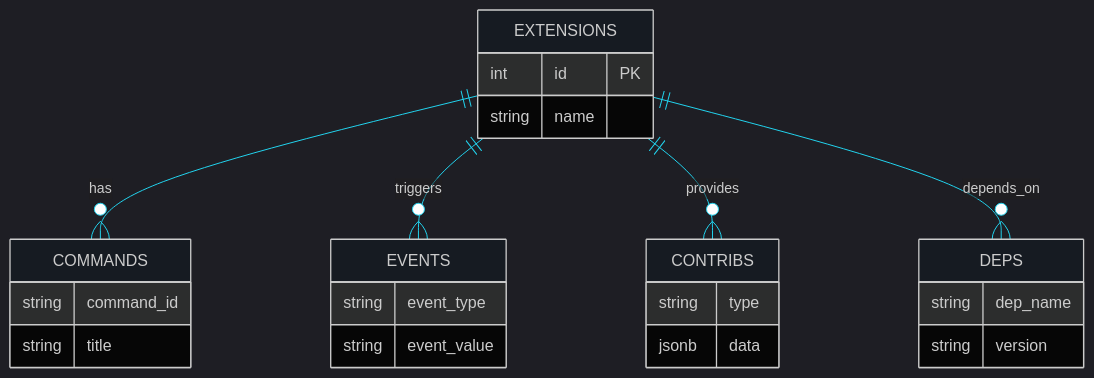
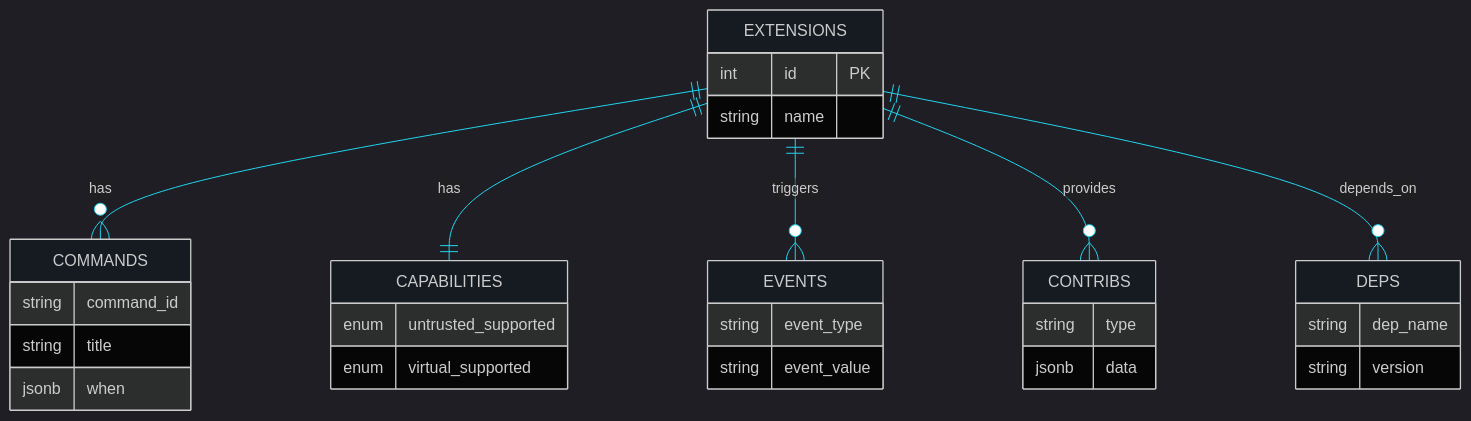
The first of 2 diagrams in documents/DEVELOPMENT_PRIORITIES.md (Ekremunalytu/automation_enviroment), drawn with Mermaid before and after one commit. The commit also changed other lines of this file and 13 other files, not shown here.

````diff
--- a/documents/DEVELOPMENT_PRIORITIES.md
+++ b/documents/DEVELOPMENT_PRIORITIES.md
@@ -57,33 +57,40 @@
 ```mermaid
 %%{init: {'theme': 'dark', 'themeVariables': { 'background': '#0d1117', 'primaryColor': '#7c3aed', 'primaryTextColor': '#e6edf3', 'lineColor': '#22d3ee', 'mainBkg': '#161b22', 'nodeBkg': '#21262d', 'clusterBkg': '#161b22'}}}%%
 erDiagram
     EXTENSIONS ||--o{ COMMANDS : has
+    EXTENSIONS ||--|| CAPABILITIES : has
     EXTENSIONS ||--o{ EVENTS : triggers
     EXTENSIONS ||--o{ CONTRIBS : provides
     EXTENSIONS ||--o{ DEPS : depends_on
 
     EXTENSIONS {
         int id PK
         string name
     }
 
+    CAPABILITIES {
+        enum untrusted_supported
+        enum virtual_supported
+    }
+
     COMMANDS {
         string command_id
         string title
+        jsonb when
     }
 
     EVENTS {
         string event_type
         string event_value
     }
 
     CONTRIBS {
         string type
         jsonb data
     }
 
     DEPS {
         string dep_name
         string version
     }
 ```
````
